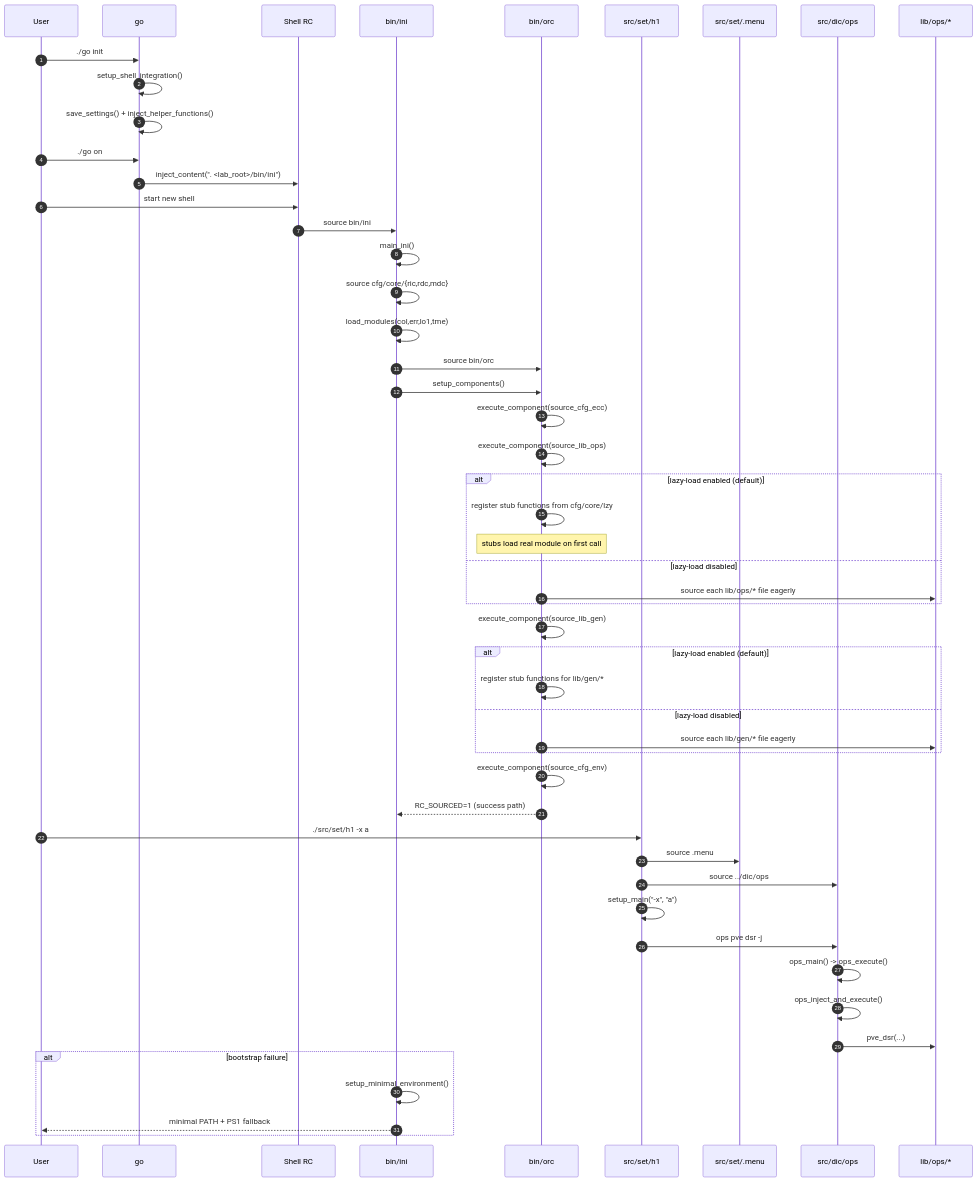
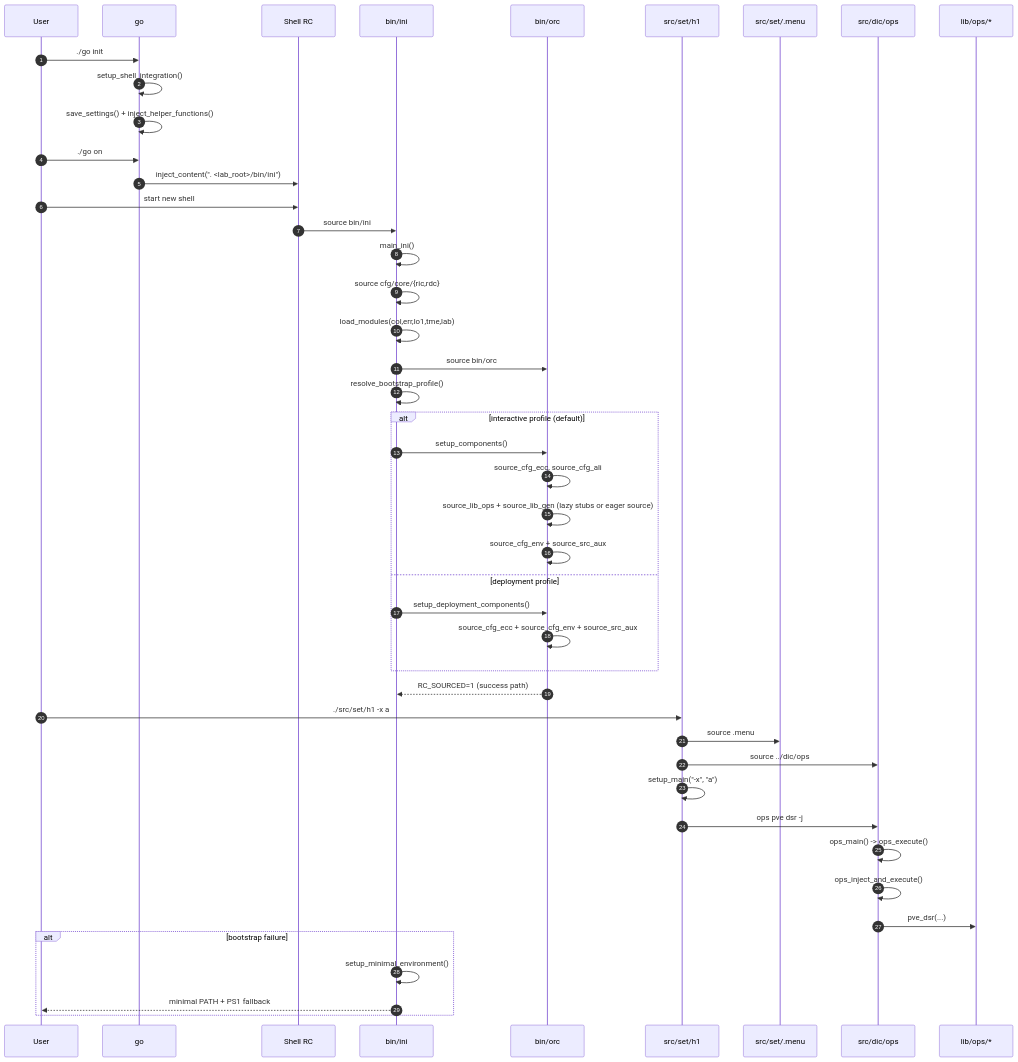
Before and after one commit to woeiru/lab: the first of 2 diagrams in doc/arc/00-architecture-overview.md, drawn with Mermaid. The commit also changed other lines of this file and 9 other files, not shown here.

````diff
--- a/doc/arc/00-architecture-overview.md
+++ b/doc/arc/00-architecture-overview.md
@@ -31,60 +31,51 @@
 ```mermaid
 sequenceDiagram
     autonumber
     participant U as User
     participant G as go
     participant RC as Shell RC
     participant I as bin/ini
     participant O as bin/orc
     participant S as src/set/h1
     participant M as src/set/.menu
     participant D as src/dic/ops
     participant L as lib/ops/*
 
     U->>G: ./go init
     G->>G: setup_shell_integration()
     G->>G: save_settings() + inject_helper_functions()
     U->>G: ./go on
     G->>RC: inject_content(". <lab_root>/bin/ini")
     U->>RC: start new shell
     RC->>I: source bin/ini
     I->>I: main_ini()
-    I->>I: source cfg/core/{ric,rdc,mdc}
-    I->>I: load_modules(col,err,lo1,tme)
+    I->>I: source cfg/core/{ric,rdc}
+    I->>I: load_modules(col,err,lo1,tme,lab)
     I->>O: source bin/orc
-     I->>O: setup_components()
-     O->>O: execute_component(source_cfg_ecc)
-     O->>O: execute_component(source_lib_ops)
-
-     alt lazy-load enabled (default)
-         O->>O: register stub functions from cfg/core/lzy
-         Note over O: stubs load real module on first call
-     else lazy-load disabled
-         O->>L: source each lib/ops/* file eagerly
+     I->>I: resolve_bootstrap_profile()
+     alt interactive profile (default)
+         I->>O: setup_components()
+         O->>O: source_cfg_ecc, source_cfg_ali
+         O->>O: source_lib_ops + source_lib_gen (lazy stubs or eager source)
+         O->>O: source_cfg_env + source_src_aux
+     else deployment profile
+         I->>O: setup_deployment_components()
+         O->>O: source_cfg_ecc + source_cfg_env + source_src_aux
      end
 
-     O->>O: execute_component(source_lib_gen)
-
-     alt lazy-load enabled (default)
-         O->>O: register stub functions for lib/gen/*
-     else lazy-load disabled
-         O->>L: source each lib/gen/* file eagerly
-     end
-
-     O->>O: execute_component(source_cfg_env)
      O-->>I: RC_SOURCED=1 (success path)
 
     U->>S: ./src/set/h1 -x a
     S->>M: source .menu
     S->>D: source ../dic/ops
     S->>S: setup_main("-x", "a")
     S->>D: ops pve dsr -j
     D->>D: ops_main() -> ops_execute()
     D->>D: ops_inject_and_execute()
     D->>L: pve_dsr(...)
 
     alt bootstrap failure
         I->>I: setup_minimal_environment()
         I-->>U: minimal PATH + PS1 fallback
     end
 ```
````
